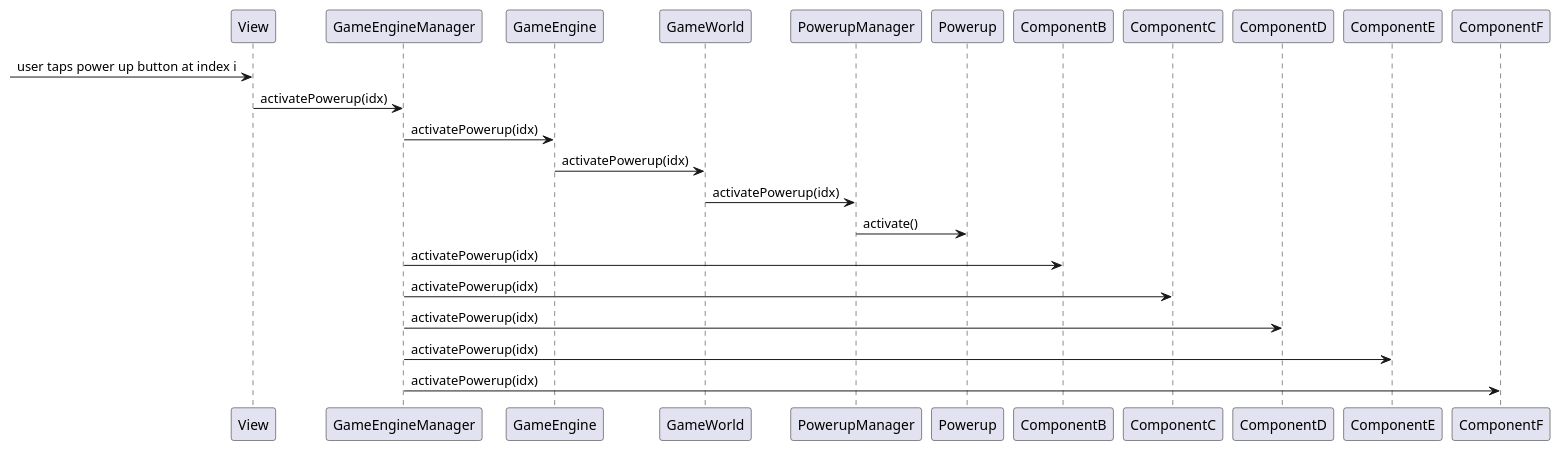
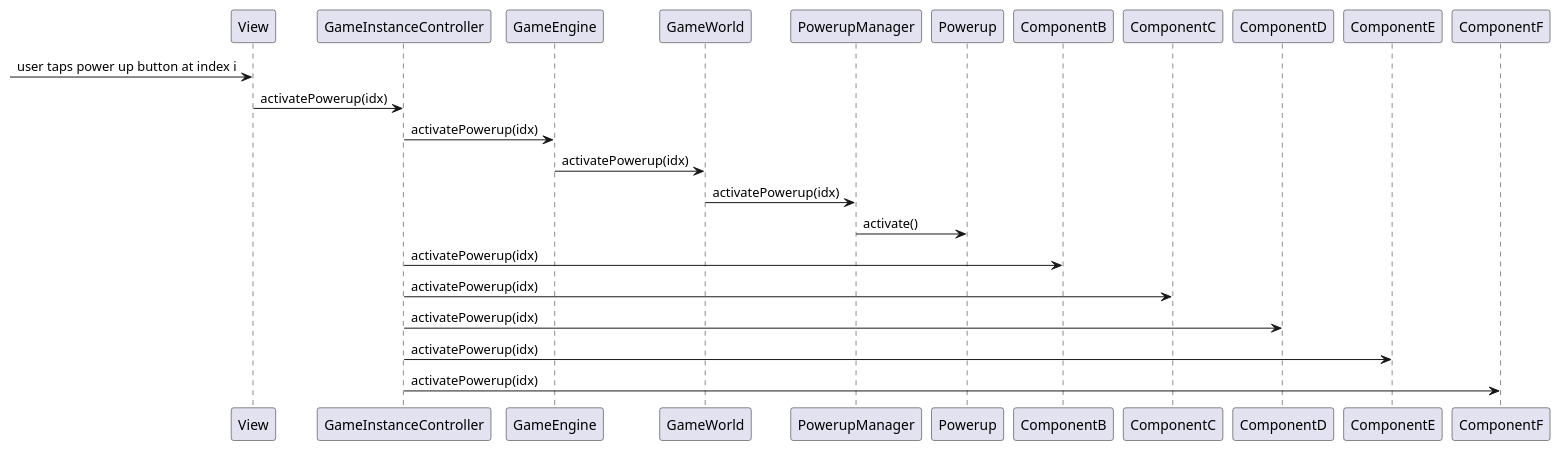
Before and after one commit to tumbling-towers/TumblingTowersGame: the diagram in Docs/Diagrams/PowerupManager/activate-powerup-option1-2.puml, drawn with PlantUML. The commit also changed 5 other files, not shown here.

```diff
--- a/Docs/Diagrams/PowerupManager/activate-powerup-option1-2.puml
+++ b/Docs/Diagrams/PowerupManager/activate-powerup-option1-2.puml
@@ -1,13 +1,13 @@
 @startuml
 -> View: user taps power up button at index i
-View -> GameEngineManager: activatePowerup(idx)
-GameEngineManager -> GameEngine: activatePowerup(idx)
+View -> GameInstanceController: activatePowerup(idx)
+GameInstanceController -> GameEngine: activatePowerup(idx)
 GameEngine -> GameWorld: activatePowerup(idx)
 GameWorld -> PowerupManager: activatePowerup(idx)
 PowerupManager -> Powerup: activate()
-GameEngineManager -> ComponentB: activatePowerup(idx)
-GameEngineManager -> ComponentC: activatePowerup(idx)
-GameEngineManager -> ComponentD: activatePowerup(idx)
-GameEngineManager -> ComponentE: activatePowerup(idx)
-GameEngineManager -> ComponentF: activatePowerup(idx)
+GameInstanceController -> ComponentB: activatePowerup(idx)
+GameInstanceController -> ComponentC: activatePowerup(idx)
+GameInstanceController -> ComponentD: activatePowerup(idx)
+GameInstanceController -> ComponentE: activatePowerup(idx)
+GameInstanceController -> ComponentF: activatePowerup(idx)
 @enduml
```
